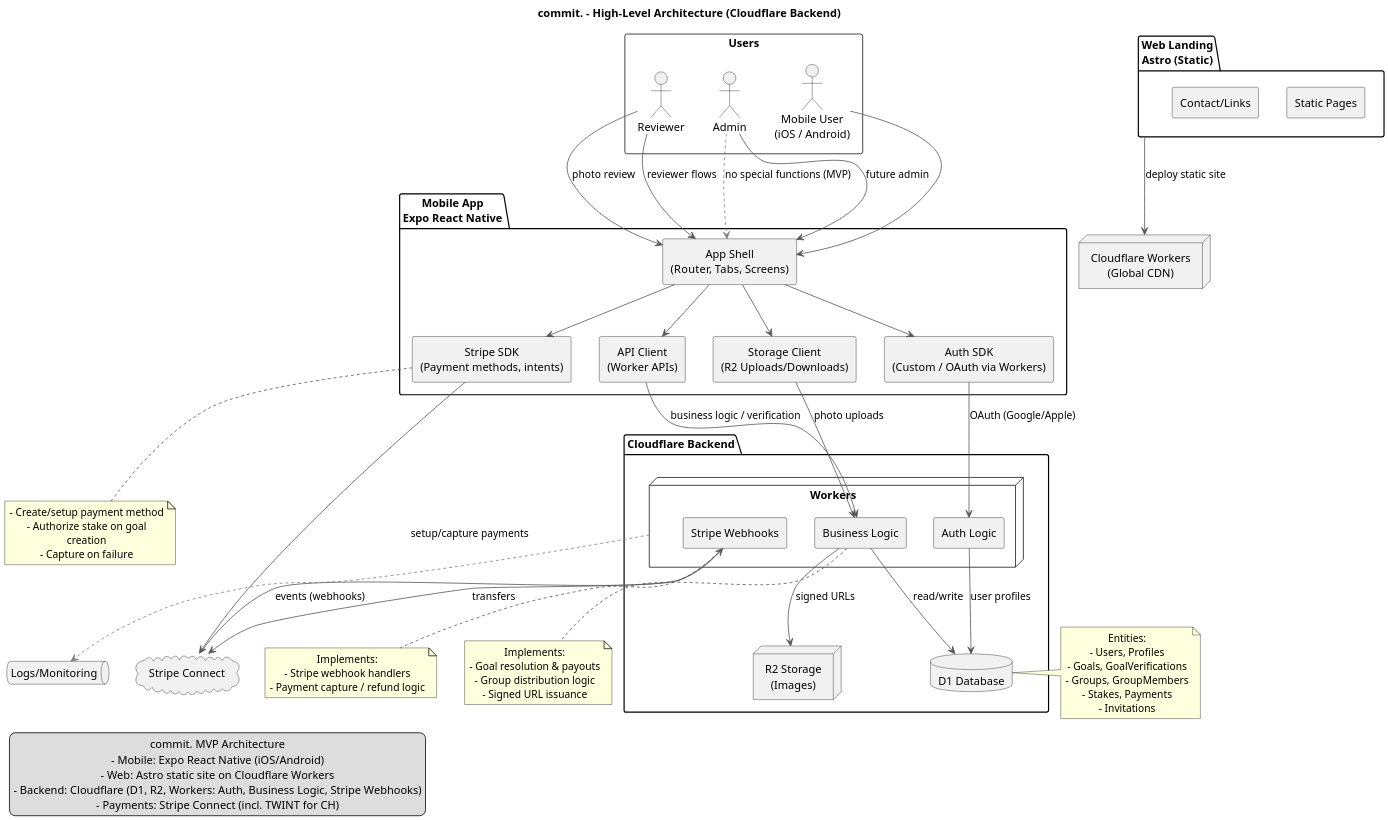
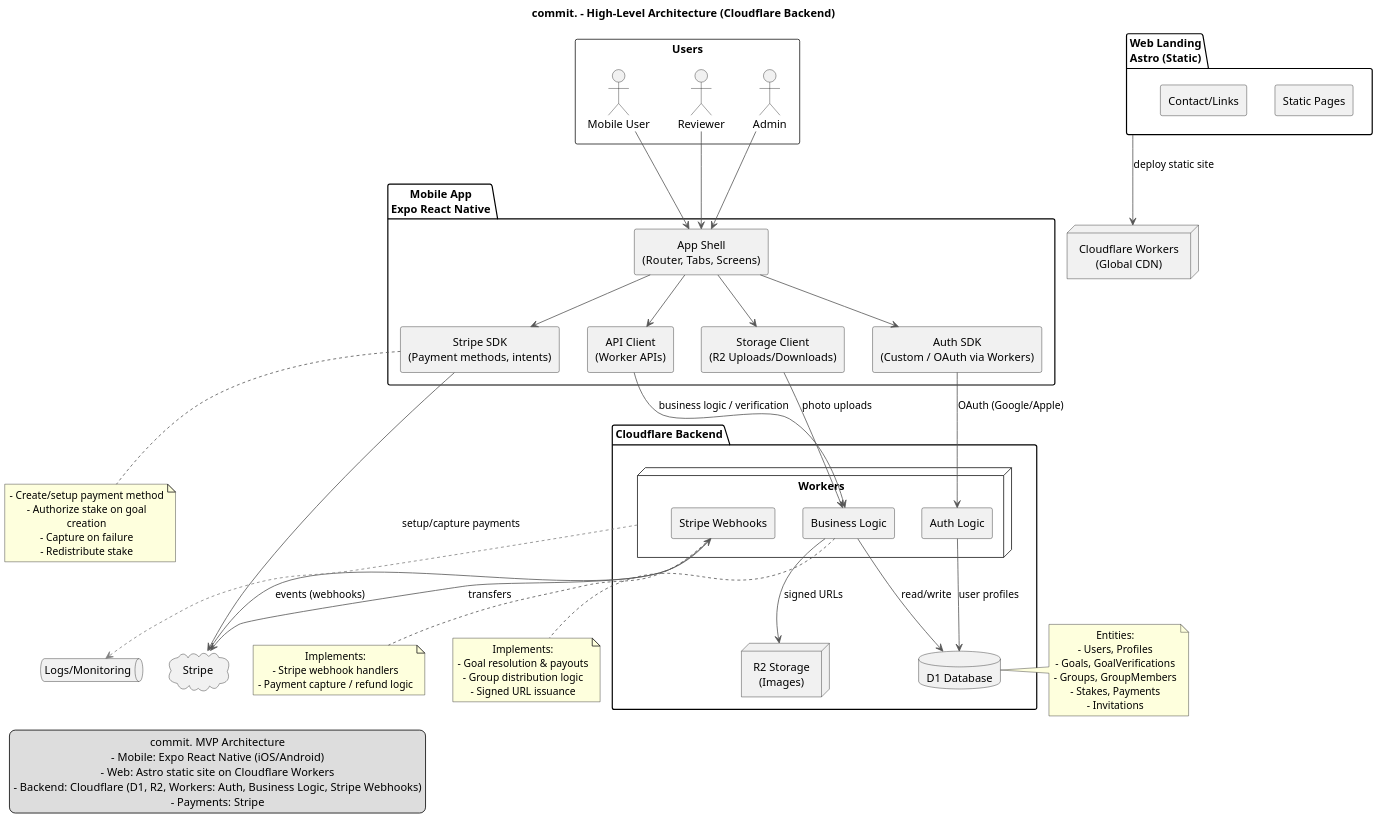
The diagram in docs/architecture.puml (getcommitapp/commit), drawn with PlantUML before and after one commit. The commit also changed 5 other files, not shown here.

Commit message:
doc: uml update

```diff
--- a/docs/architecture.puml
+++ b/docs/architecture.puml
@@ -1,111 +1,108 @@
 @startuml architecture
 title commit. - High-Level Architecture (Cloudflare Backend)
 
 skinparam componentStyle rectangle
 skinparam shadowing false
 skinparam defaultTextAlignment center
 skinparam wrapWidth 200
 skinparam dpi 180
 skinparam ArrowColor #555555
 skinparam ArrowThickness 1
 skinparam monochrome false
 
 legend left
   commit. MVP Architecture
   - Mobile: Expo React Native (iOS/Android)
   - Web: Astro static site on Cloudflare Workers
   - Backend: Cloudflare (D1, R2, Workers: Auth, Business Logic, Stripe Webhooks)
-  - Payments: Stripe Connect (incl. TWINT for CH)
+  - Payments: Stripe
 endlegend
 
 rectangle "Users" as Users {
-  actor "Mobile User\n(iOS / Android)" as MobileUser
+  actor "Mobile User" as MobileUser
   actor "Reviewer" as Reviewer
   actor "Admin" as Admin
 }
 
 package "Mobile App\nExpo React Native" as Mobile {
   [App Shell\n(Router, Tabs, Screens)] as AppShell
   [Auth SDK\n(Custom / OAuth via Workers)] as MobileAuth
   [API Client\n(Worker APIs)] as MobileApi
   [Storage Client\n(R2 Uploads/Downloads)] as MobileStorage
   [Stripe SDK\n(Payment methods, intents)] as MobileStripe
 }
 
 package "Web Landing\nAstro (Static)" as Web {
   [Static Pages]
   [Contact/Links]
 }
 
 node "Cloudflare Workers\n(Global CDN)" as CF
 Web -down-> CF : deploy static site
 
 package "Cloudflare Backend" as Cloudflare {
   database "D1 Database" as DB
   node "R2 Storage\n(Images)" as Storage
   node "Workers" as Edge {
     [Auth Logic] as Auth
     [Business Logic] as BizLogic
     [Stripe Webhooks] as StripeHooks
   }
 }
 
-cloud "Stripe Connect" as Stripe
+cloud Stripe
 
 MobileUser --> AppShell
-Reviewer --> AppShell : reviewer flows
-Admin --> AppShell : future admin
+Reviewer --> AppShell
+Admin --> AppShell
 
 AppShell --> MobileAuth
 AppShell --> MobileApi
 AppShell --> MobileStorage
 AppShell --> MobileStripe
 
 MobileAuth --> Auth : OAuth (Google/Apple)
 MobileStorage --> BizLogic : photo uploads
 MobileApi --> BizLogic : business logic / verification
 
 MobileStripe -right-> Stripe : setup/capture payments
 Stripe -left-> StripeHooks : events (webhooks)
 StripeHooks -down-> Stripe : transfers
 
 BizLogic --> DB : read/write
 BizLogic --> Storage : signed URLs
 Auth --> DB : user profiles
-
-Reviewer --> AppShell : photo review
-
-Admin -[#gray,dashed]-> AppShell : no special functions (MVP)
 
 queue "Logs/Monitoring" as Observability
 Edge -[#gray,dashed]-> Observability
 
 note right of DB
   Entities:
   - Users, Profiles
   - Goals, GoalVerifications
   - Groups, GroupMembers
   - Stakes, Payments
   - Invitations
 end note
 
 note bottom of BizLogic
   Implements:
   - Goal resolution & payouts
   - Group distribution logic
   - Signed URL issuance
 end note
 
 note bottom of StripeHooks
   Implements:
   - Stripe webhook handlers
   - Payment capture / refund logic
 end note
 
 note bottom of MobileStripe
   - Create/setup payment method
   - Authorize stake on goal creation
   - Capture on failure
+  - Redistribute stake
 end note
 
 @enduml
```
